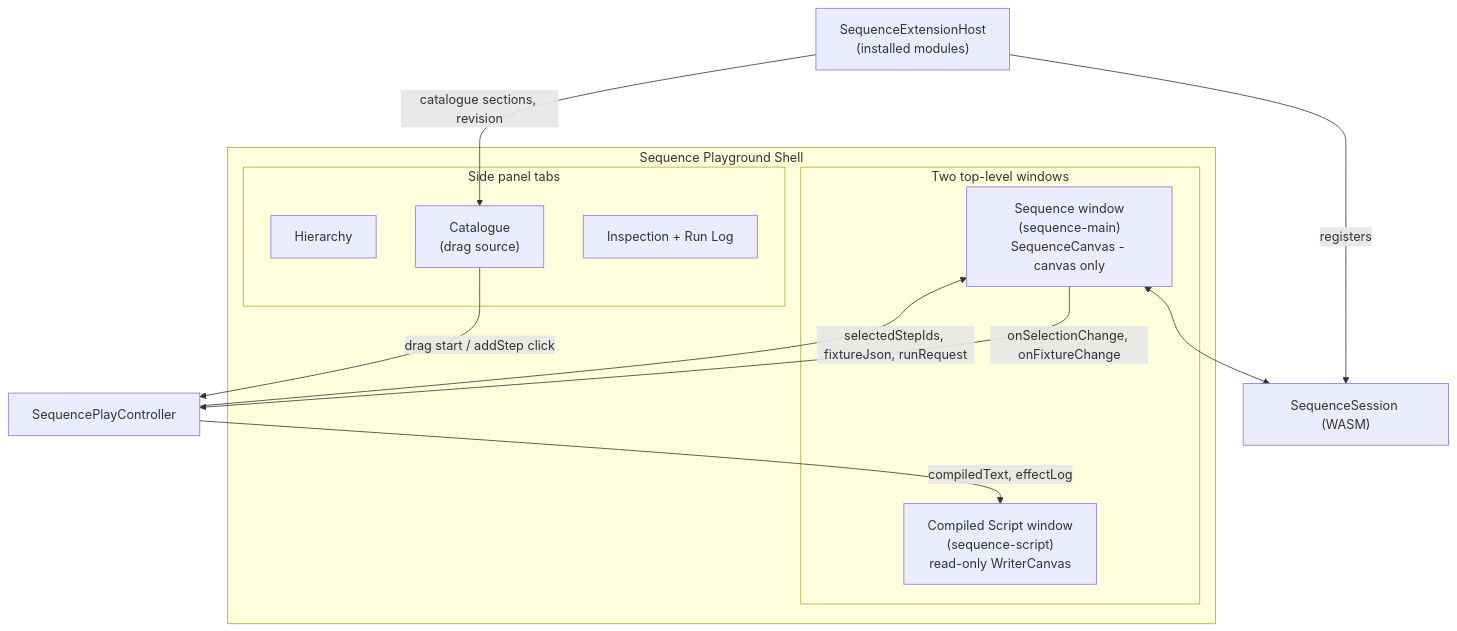
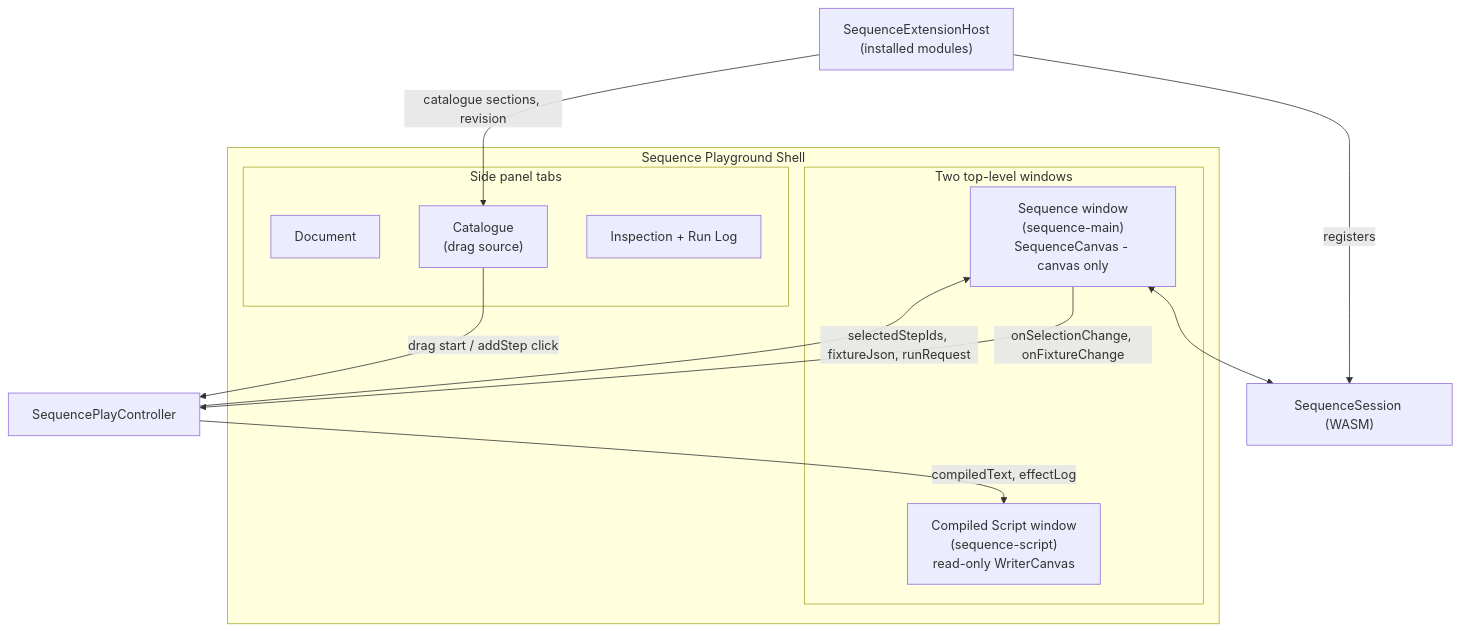
The diagram in .repo/🎫/26/07/01/SEQUENCE-TECHNOLOGY-ELEVATION/sequence_technology_elevation_59bffc77.plan.md (usalu/semio), drawn with Mermaid before and after one commit. The commit also changed other lines of this file and 670 other files, not shown here.

````diff
--- a/.repo/🎫/26/07/01/SEQUENCE-TECHNOLOGY-ELEVATION/sequence_technology_elevation_59bffc77.plan.md
+++ b/.repo/🎫/26/07/01/SEQUENCE-TECHNOLOGY-ELEVATION/sequence_technology_elevation_59bffc77.plan.md
@@ -73,25 +73,25 @@
 ```mermaid
 flowchart TB
     subgraph shell [Sequence Playground Shell]
         subgraph windows [Two top-level windows]
             seqWin["Sequence window\n(sequence-main)\nSequenceCanvas - canvas only"]
             scriptWin["Compiled Script window\n(sequence-script)\nread-only WriterCanvas"]
         end
         subgraph panels [Side panel tabs]
-            hierarchy["Hierarchy"]
+            document["Document"]
             catalogue["Catalogue\n(drag source)"]
             inspection["Inspection + Run Log"]
         end
     end
     controller["SequencePlayController"]
     extHost["SequenceExtensionHost\n(installed modules)"]
     wasm["SequenceSession (WASM)"]
 
     catalogue -->|"drag start / addStep click"| controller
     seqWin -->|"onSelectionChange, onFixtureChange"| controller
     controller -->|"selectedStepIds, fixtureJson, runRequest"| seqWin
     controller -->|"compiledText, effectLog"| scriptWin
     seqWin <--> wasm
     extHost -->|"catalogue sections, revision"| catalogue
     extHost -->|"registers"| wasm
 ```
````
